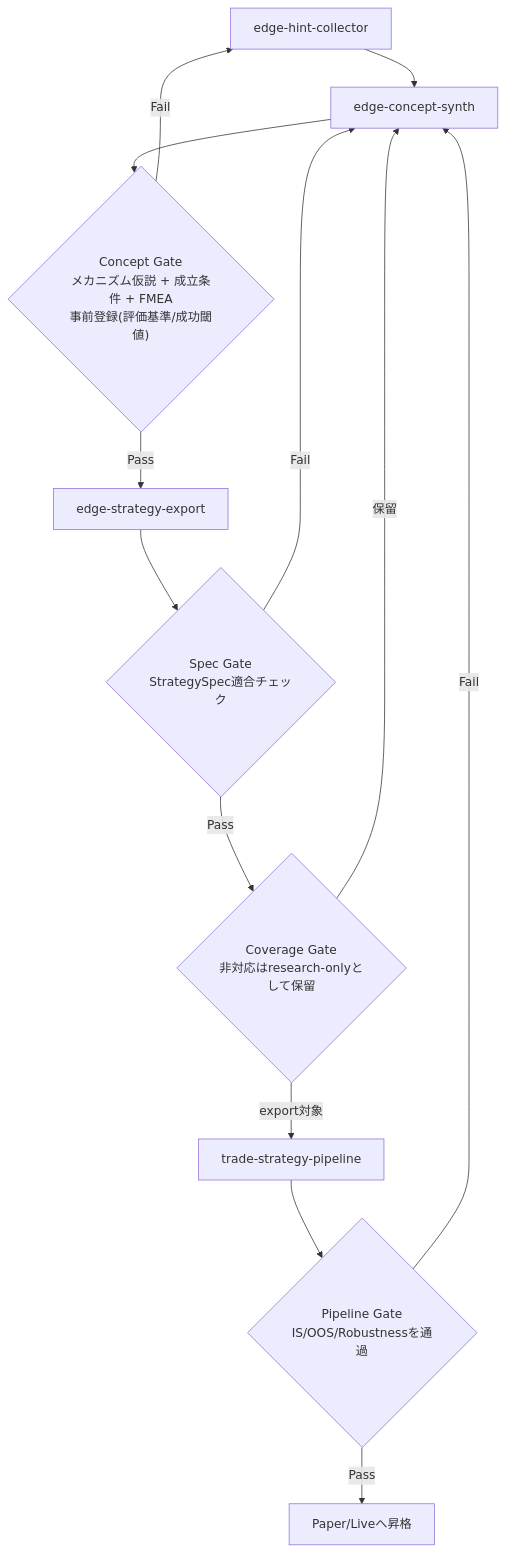
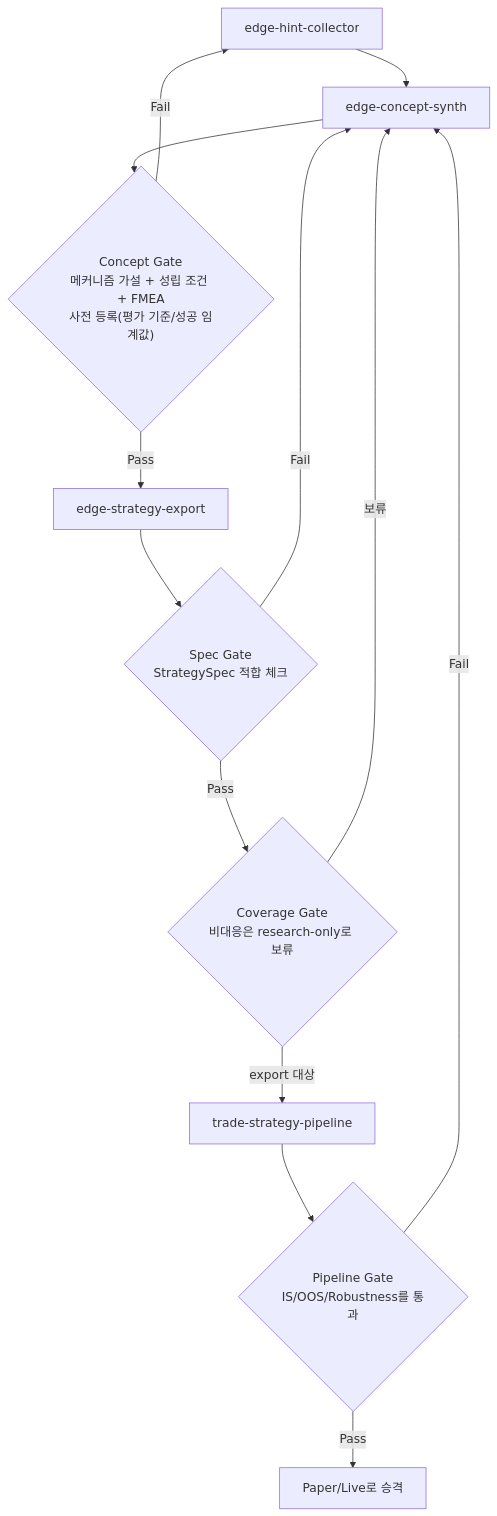
One commit to birdblues/claude-trading-skills changed the second of 4 diagrams in docs/edge-institutionalization-process.md. Above: the diagram before and after it, drawn with Mermaid. The commit also changed other lines of this file and 50 other files, not shown here.

````diff
--- a/docs/edge-institutionalization-process.md
+++ b/docs/edge-institutionalization-process.md
@@ -27,25 +27,25 @@
 ```mermaid
 flowchart TD
     H0[edge-hint-collector]
     C0[edge-concept-synth]
     S0[edge-strategy-export]
     P0[trade-strategy-pipeline]
 
-    G1{"Concept Gate<br/>メカニズム仮説 + 成立条件 + FMEA<br/>事前登録(評価基準/成功閾値)"}
-    G2{"Spec Gate<br/>StrategySpec適合チェック"}
-    G3{"Coverage Gate<br/>非対応はresearch-onlyとして保留"}
-    G4{"Pipeline Gate<br/>IS/OOS/Robustnessを通過"}
+    G1{"Concept Gate<br/>메커니즘 가설 + 성립 조건 + FMEA<br/>사전 등록(평가 기준/성공 임계값)"}
+    G2{"Spec Gate<br/>StrategySpec 적합 체크"}
+    G3{"Coverage Gate<br/>비대응은 research-only로 보류"}
+    G4{"Pipeline Gate<br/>IS/OOS/Robustness를 통과"}
 
     H0 --> C0
     C0 --> G1
     G1 -->|Fail| H0
     G1 -->|Pass| S0
     S0 --> G2
     G2 -->|Fail| C0
     G2 -->|Pass| G3
-    G3 -->|保留| C0
-    G3 -->|export対象| P0
+    G3 -->|보류| C0
+    G3 -->|export 대상| P0
     P0 --> G4
     G4 -->|Fail| C0
-    G4 -->|Pass| L0[Paper/Liveへ昇格]
+    G4 -->|Pass| L0[Paper/Live로 승격]
 ```
````
